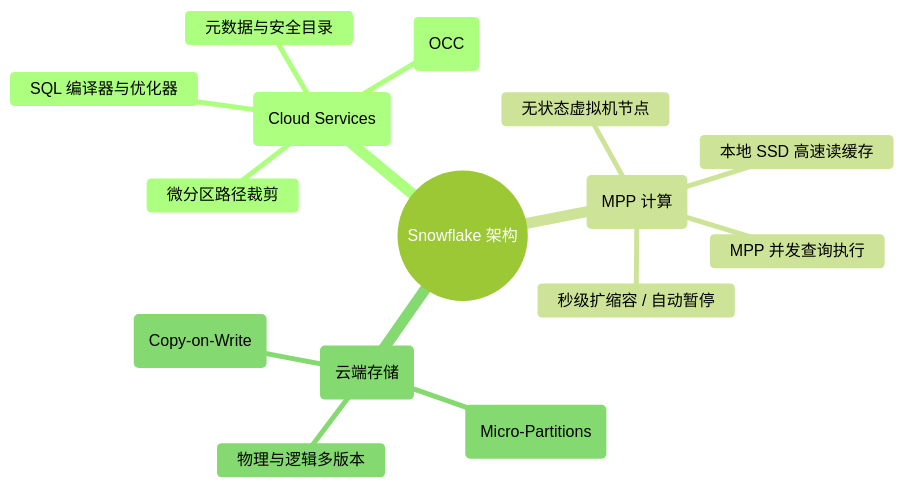
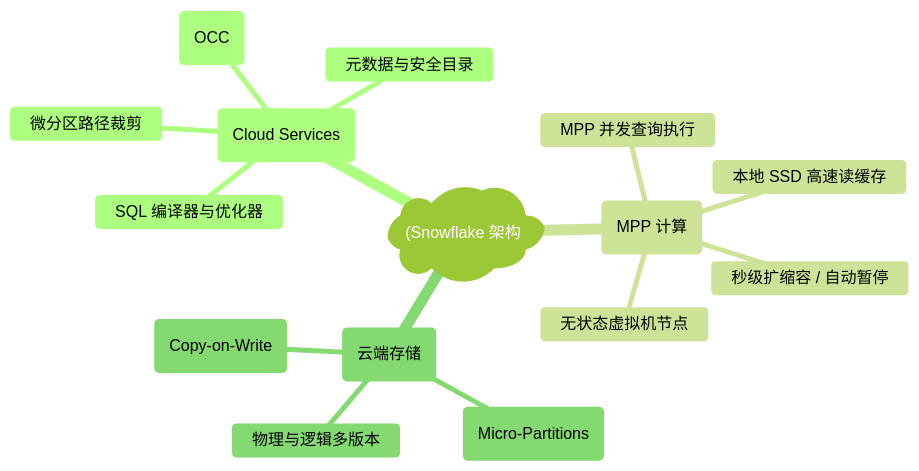
Before and after one commit to koosai/AI-Architect-Learning: the second of 7 diagrams in docs/atlas/snowflake.mdx, drawn with Mermaid (forest theme). The commit also changed 187 other files, not shown here.

Commit message:
fix(mermaid): fix all unquoted parens and edge label syntax errors across all docs

````diff
--- a/docs/atlas/snowflake.mdx
+++ b/docs/atlas/snowflake.mdx
@@ -86,18 +86,18 @@
 ```mermaid
 mindmap
-  root((Snowflake 架构))
+  root("(Snowflake 架构"))
     云服务层 (Cloud Services)
       SQL 编译器与优化器
       分布式事务管理器 (OCC)
       元数据与安全目录
       微分区路径裁剪
     虚拟仓库层 (MPP 计算)
       无状态虚拟机节点
       本地 SSD 高速读缓存
       MPP 并发查询执行
       秒级扩缩容 / 自动暂停
     对象存储层 (云端存储)
       不可变列式微分区 (Micro-Partitions)
       物理与逻辑多版本
       写时复制 (Copy-on-Write)
 ```
````
